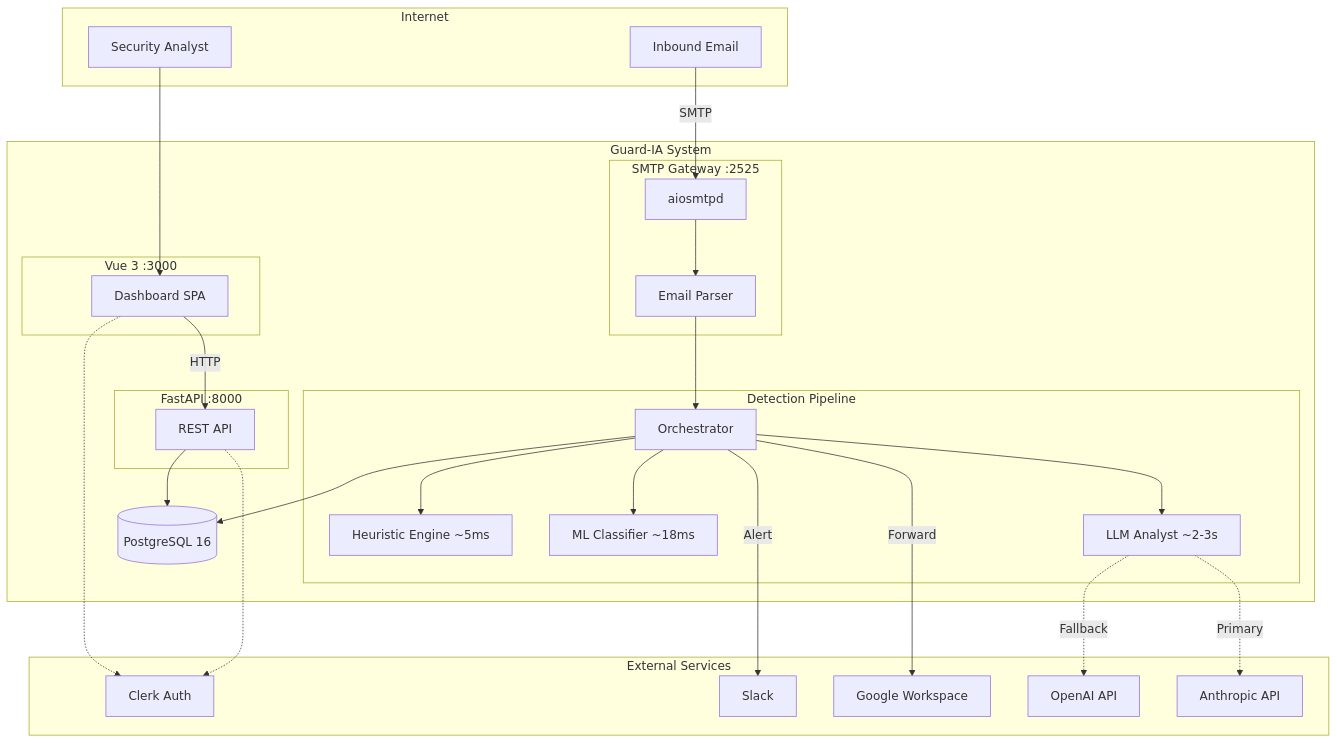
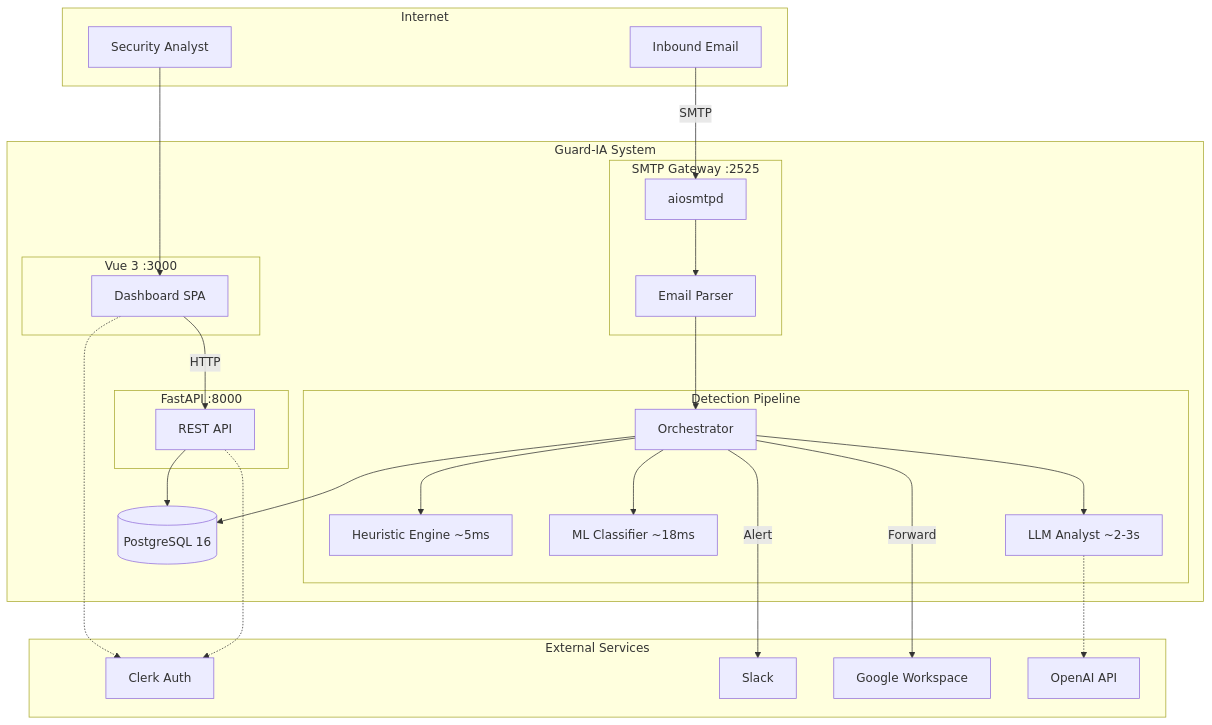
Before and after one commit to sogliano/guardia: the first of 5 diagrams in README.md, drawn with Mermaid. The commit also changed other lines of this file and 15 other files, not shown here.

````diff
--- a/README.md
+++ b/README.md
@@ -44,54 +44,52 @@
 ```mermaid
 graph TB
     subgraph Internet
         EMAIL["Inbound Email"]
         ANALYST["Security Analyst"]
     end
 
     subgraph GUARDIA["Guard-IA System"]
         subgraph Gateway["SMTP Gateway :2525"]
             SMTP["aiosmtpd"]
             PARSER["Email Parser"]
         end
 
         subgraph Pipeline["Detection Pipeline"]
             ORCH["Orchestrator"]
             HEUR["Heuristic Engine ~5ms"]
             ML["ML Classifier ~18ms"]
             LLM["LLM Analyst ~2-3s"]
         end
 
         subgraph Backend["FastAPI :8000"]
             API["REST API"]
         end
 
         subgraph Frontend["Vue 3 :3000"]
             SPA["Dashboard SPA"]
         end
 
         DB[("PostgreSQL 16")]
     end
 
     subgraph External["External Services"]
         CLERK["Clerk Auth"]
         SLACK["Slack"]
         GOOGLE["Google Workspace"]
         OPENAI["OpenAI API"]
-        ANTHROPIC["Anthropic API"]
     end
 
     EMAIL -->|SMTP| SMTP
     SMTP --> PARSER --> ORCH
     ORCH --> HEUR
     ORCH --> ML
     ORCH --> LLM
-    LLM -.->|Primary| ANTHROPIC
-    LLM -.->|Fallback| OPENAI
+    LLM -.-> OPENAI
     ORCH --> DB
     ORCH -->|Forward| GOOGLE
     ORCH -->|Alert| SLACK
     ANALYST --> SPA
     SPA -->|HTTP| API --> DB
     SPA -.-> CLERK
     API -.-> CLERK
 ```
````
